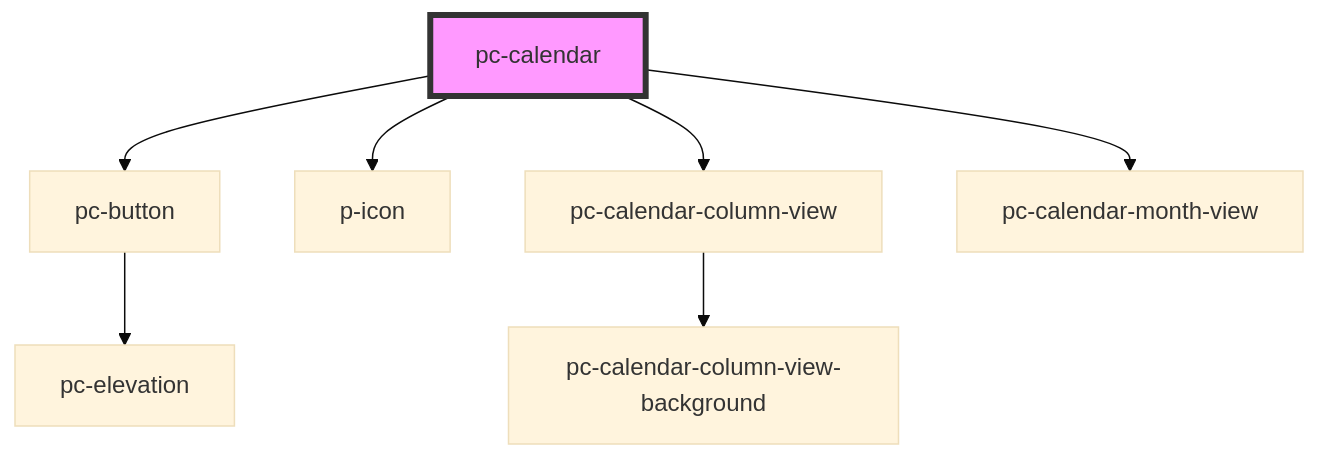
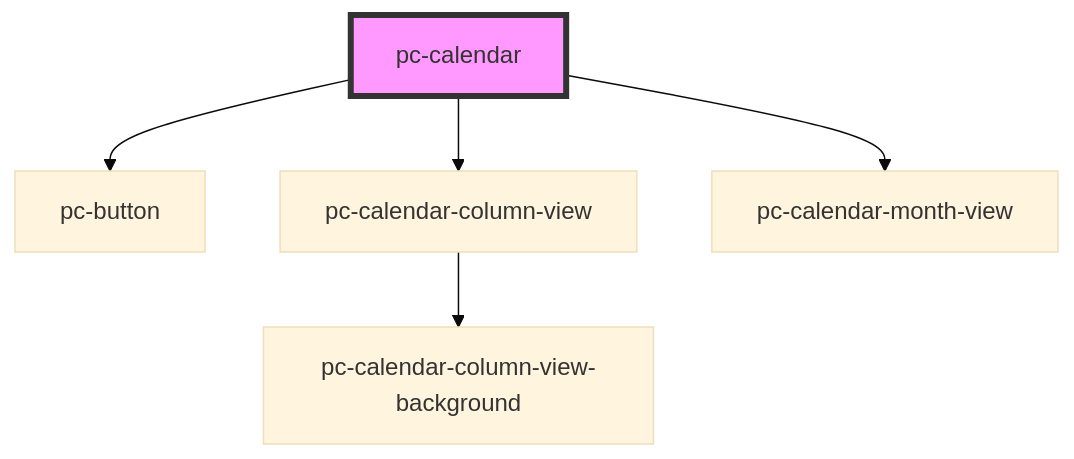
One commit to redvars/peacock changed the diagram in src/components/application/calendar/calendar/readme.md. Above: the diagram before and after it, drawn with Mermaid (base theme). The commit also changed other lines of this file and 135 other files, not shown here.

````diff
--- a/src/components/application/calendar/calendar/readme.md
+++ b/src/components/application/calendar/calendar/readme.md
@@ -38,10 +37,8 @@
 ```mermaid
 graph TD;
   pc-calendar --> pc-button
-  pc-calendar --> p-icon
   pc-calendar --> pc-calendar-column-view
   pc-calendar --> pc-calendar-month-view
-  pc-button --> pc-elevation
   pc-calendar-column-view --> pc-calendar-column-view-background
   style pc-calendar fill:#f9f,stroke:#333,stroke-width:4px
 ```
````
